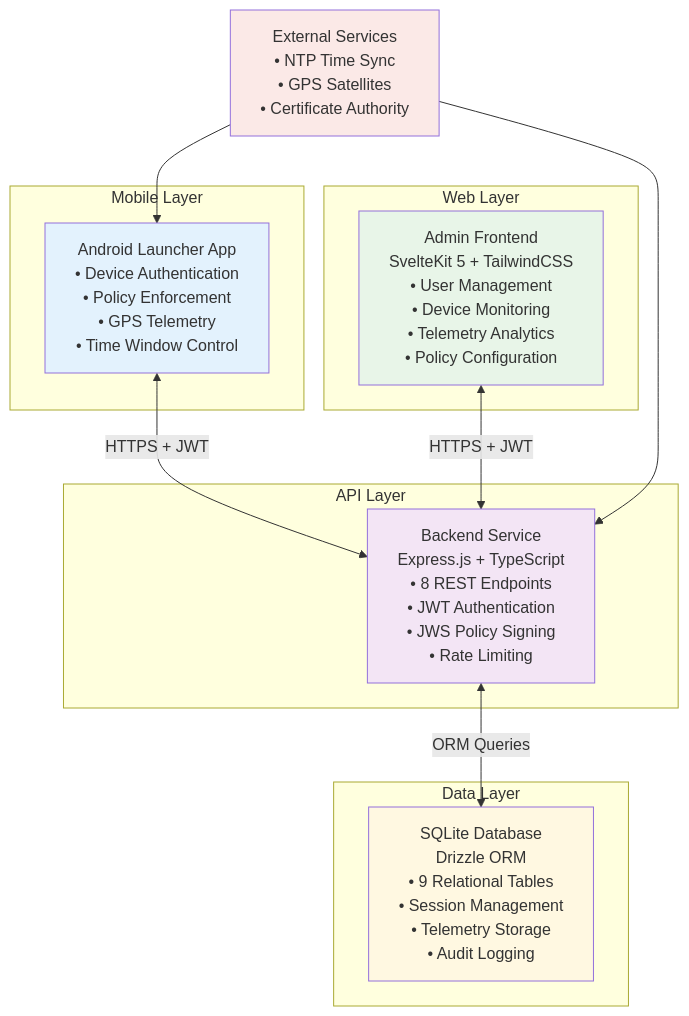
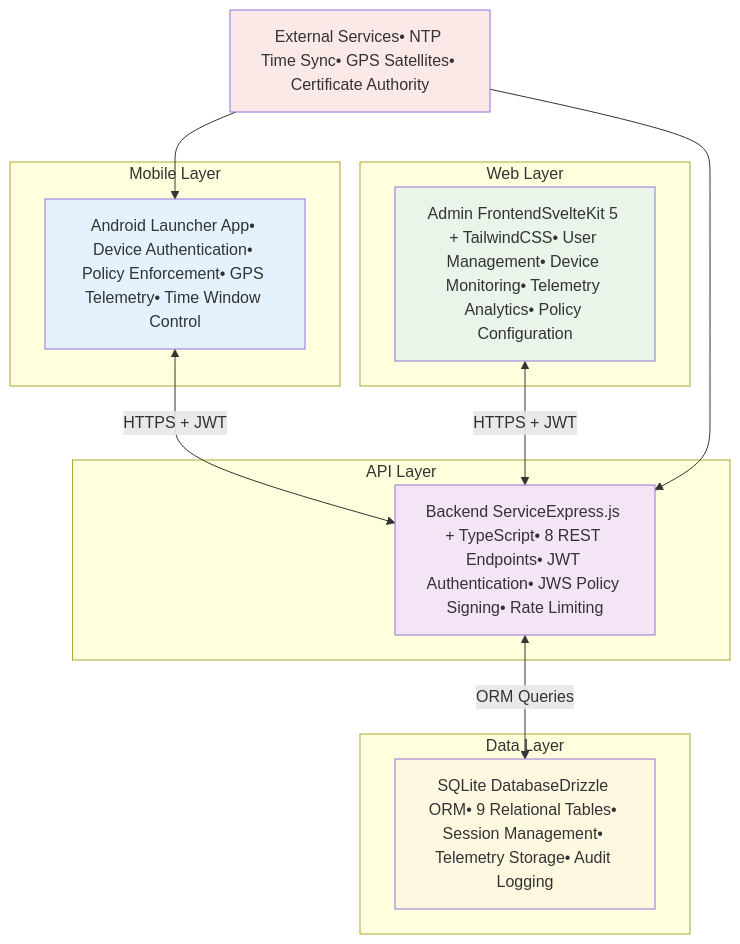
Before and after one commit to drguptavivek/launcher: the first of 6 diagrams in README.md, drawn with Mermaid. The commit also changed other lines of this file, not shown here.

````diff
--- a/README.md
+++ b/README.md
@@ -83,33 +83,33 @@
 ```mermaid
 flowchart TB
     subgraph "Mobile Layer" [Mobile Layer]
-        A1[Android Launcher App<br/>• Device Authentication<br/>• Policy Enforcement<br/>• GPS Telemetry<br/>• Time Window Control]
+        A1[Android Launcher App• Device Authentication• Policy Enforcement• GPS Telemetry• Time Window Control]
     end
 
     subgraph "API Layer" [API Layer]
-        B1[Backend Service<br/>Express.js + TypeScript<br/>• 8 REST Endpoints<br/>• JWT Authentication<br/>• JWS Policy Signing<br/>• Rate Limiting]
+        B1[Backend ServiceExpress.js + TypeScript• 8 REST Endpoints• JWT Authentication• JWS Policy Signing• Rate Limiting]
     end
 
     subgraph "Web Layer" [Web Layer]
-        C1[Admin Frontend<br/>SvelteKit 5 + TailwindCSS<br/>• User Management<br/>• Device Monitoring<br/>• Telemetry Analytics<br/>• Policy Configuration]
+        C1[Admin FrontendSvelteKit 5 + TailwindCSS• User Management• Device Monitoring• Telemetry Analytics• Policy Configuration]
     end
 
     subgraph "Data Layer" [Data Layer]
-        D1[SQLite Database<br/>Drizzle ORM<br/>• 9 Relational Tables<br/>• Session Management<br/>• Telemetry Storage<br/>• Audit Logging]
+        D1[SQLite DatabaseDrizzle ORM• 9 Relational Tables• Session Management• Telemetry Storage• Audit Logging]
     end
 
     %% Interconnections
     A1 <-->|HTTPS + JWT| B1
     C1 <-->|HTTPS + JWT| B1
     B1 <-->|ORM Queries| D1
 
     %% External Services
-    E1[External Services<br/>• NTP Time Sync<br/>• GPS Satellites<br/>• Certificate Authority] --> A1
+    E1[External Services• NTP Time Sync• GPS Satellites• Certificate Authority] --> A1
     E1 --> B1
 
     style A1 fill:#e3f2fd
     style B1 fill:#f3e5f5
     style C1 fill:#e8f5e8
     style D1 fill:#fff8e1
     style E1 fill:#fbe9e7
 ```
````
